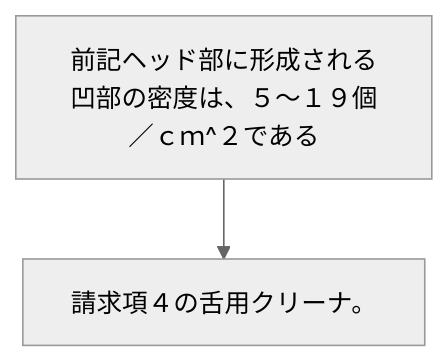
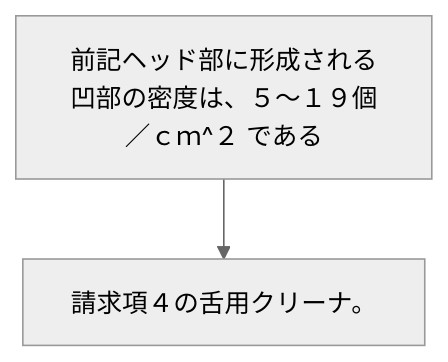
The diagram in 2024/JP2024005430A/claim_5/README.md (shinmori55/patent_analyzed), drawn with Mermaid (neutral theme) before and after one commit. The commit also changed 31 other files, not shown here.

````diff
--- a/2024/JP2024005430A/claim_5/README.md
+++ b/2024/JP2024005430A/claim_5/README.md
@@ -5,6 +5,6 @@
 ```mermaid
 flowchart TD
-A[前記ヘッド部に形成される凹部の密度は、５～１９個／ｃｍ^２である]
+A[前記ヘッド部に形成される凹部の密度は、５～１９個／ｃｍ^２ である]
 B[請求項４の舌用クリーナ。]
 A --> B
 ```
````
